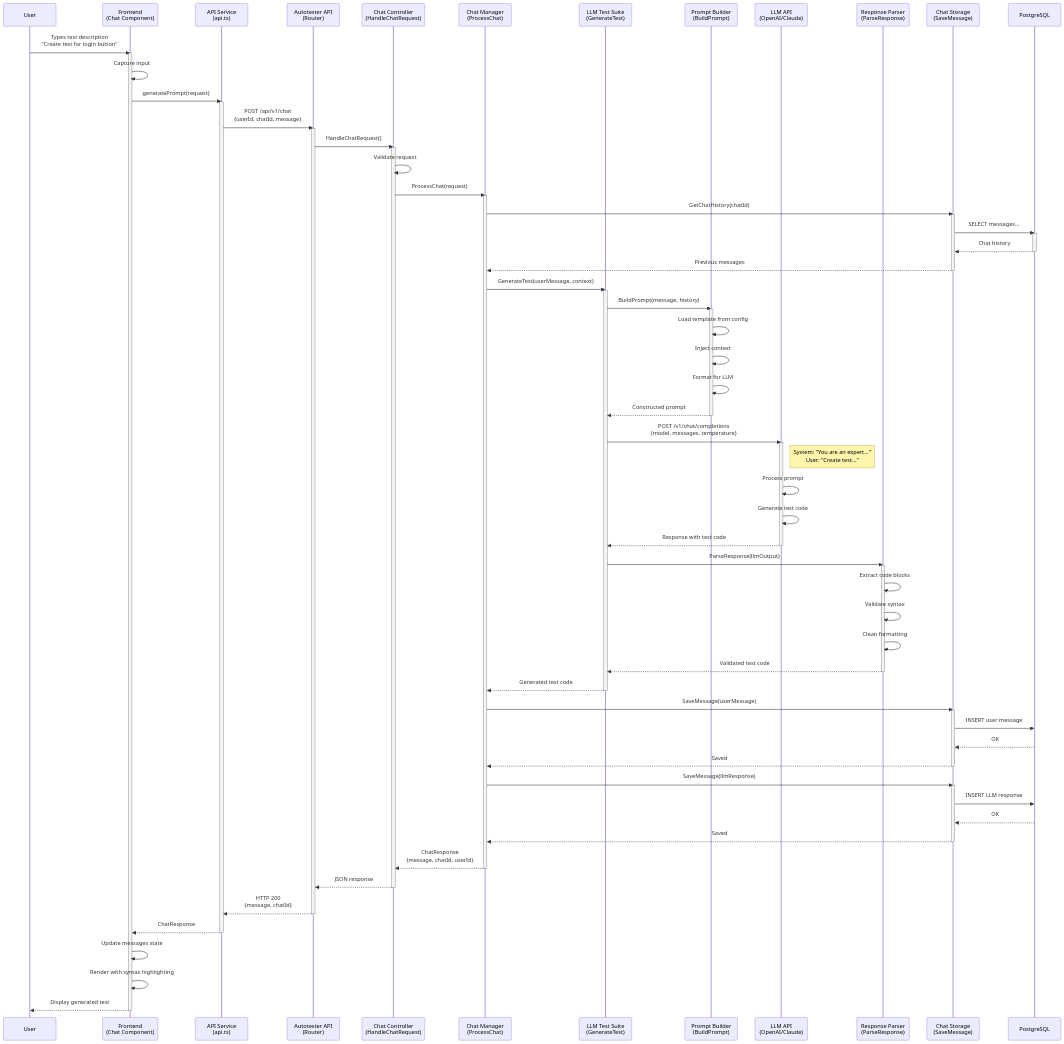
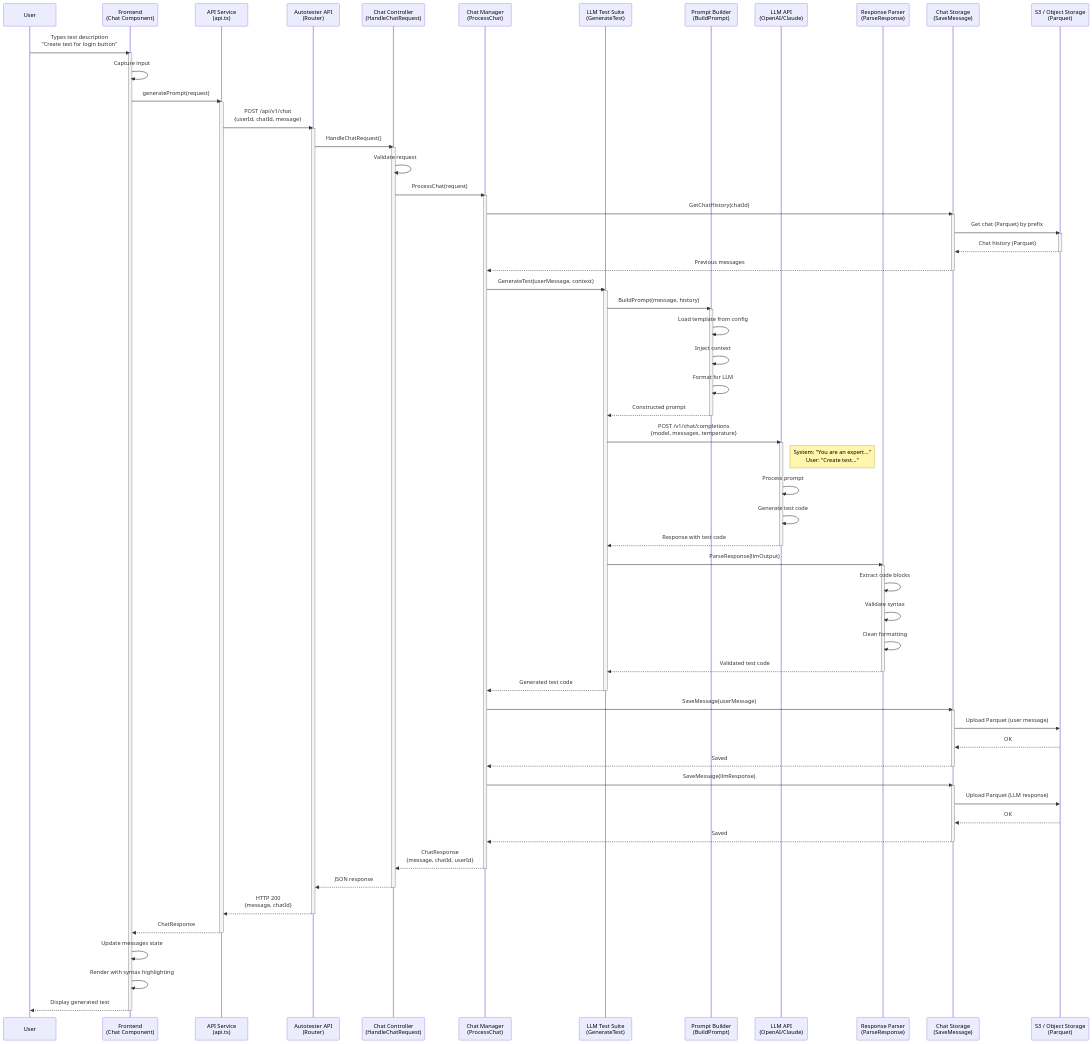
Before and after one commit to Skzter/smart: the diagram in docs/architecture/04-code/diagrams/llm-flow.mmd, drawn with Mermaid. The commit also changed 14 other files, not shown here.

Commit message:
docs(docs#156): update README and architecture documentation; enhance authentication flow and LLM integration details

```diff
--- a/docs/architecture/04-code/diagrams/llm-flow.mmd
+++ b/docs/architecture/04-code/diagrams/llm-flow.mmd
@@ -1,97 +1,97 @@
 sequenceDiagram
     participant User
     participant Frontend as Frontend<br/>(Chat Component)
     participant API as API Service<br/>(api.ts)
     participant Router as Autotester API<br/>(Router)
     participant Controller as Chat Controller<br/>(HandleChatRequest)
     participant ChatManager as Chat Manager<br/>(ProcessChat)
     participant LLMSuite as LLM Test Suite<br/>(GenerateTest)
     participant PromptBuilder as Prompt Builder<br/>(BuildPrompt)
     participant LLM as LLM API<br/>(OpenAI/Claude)
     participant Parser as Response Parser<br/>(ParseResponse)
     participant Storage as Chat Storage<br/>(SaveMessage)
-    participant DB as PostgreSQL
+    participant S3 as S3 / Object Storage<br/>(Parquet)
 
     User->>Frontend: Types test description<br/>"Create test for login button"
     activate Frontend
     Frontend->>Frontend: Capture input
     Frontend->>API: generatePrompt(request)
     activate API
     
     API->>Router: POST /api/v1/chat<br/>{userId, chatId, message}
     activate Router
     Router->>Controller: HandleChatRequest()
     activate Controller
     
     Controller->>Controller: Validate request
     Controller->>ChatManager: ProcessChat(request)
     activate ChatManager
     
     ChatManager->>Storage: GetChatHistory(chatId)
     activate Storage
-    Storage->>DB: SELECT messages...
-    activate DB
-    DB-->>Storage: Chat history
-    deactivate DB
+    Storage->>S3: Get chat (Parquet) by prefix
+    activate S3
+    S3-->>Storage: Chat history (Parquet)
+    deactivate S3
     Storage-->>ChatManager: Previous messages
     deactivate Storage
     
     ChatManager->>LLMSuite: GenerateTest(userMessage, context)
     activate LLMSuite
     
     LLMSuite->>PromptBuilder: BuildPrompt(message, history)
     activate PromptBuilder
     PromptBuilder->>PromptBuilder: Load template from config
     PromptBuilder->>PromptBuilder: Inject context
     PromptBuilder->>PromptBuilder: Format for LLM
     PromptBuilder-->>LLMSuite: Constructed prompt
     deactivate PromptBuilder
     
     LLMSuite->>LLM: POST /v1/chat/completions<br/>{model, messages, temperature}
     activate LLM
     Note right of LLM: System: "You are an expert..."<br/>User: "Create test..."
     LLM->>LLM: Process prompt
     LLM->>LLM: Generate test code
     LLM-->>LLMSuite: Response with test code
     deactivate LLM
     
     LLMSuite->>Parser: ParseResponse(llmOutput)
     activate Parser
     Parser->>Parser: Extract code blocks
     Parser->>Parser: Validate syntax
     Parser->>Parser: Clean formatting
     Parser-->>LLMSuite: Validated test code
     deactivate Parser
     
     LLMSuite-->>ChatManager: Generated test code
     deactivate LLMSuite
     
     ChatManager->>Storage: SaveMessage(userMessage)
     activate Storage
-    Storage->>DB: INSERT user message
-    DB-->>Storage: OK
+    Storage->>S3: Upload Parquet (user message)
+    S3-->>Storage: OK
     Storage-->>ChatManager: Saved
     deactivate Storage
     
     ChatManager->>Storage: SaveMessage(llmResponse)
     activate Storage
-    Storage->>DB: INSERT LLM response
-    DB-->>Storage: OK
+    Storage->>S3: Upload Parquet (LLM response)
+    S3-->>Storage: OK
     Storage-->>ChatManager: Saved
     deactivate Storage
     
     ChatManager-->>Controller: ChatResponse<br/>{message, chatId, userId}
     deactivate ChatManager
     
     Controller-->>Router: JSON response
     deactivate Controller
     Router-->>API: HTTP 200<br/>{message, chatId}
     deactivate Router
     
     API-->>Frontend: ChatResponse
     deactivate API
     
     Frontend->>Frontend: Update messages state
     Frontend->>Frontend: Render with syntax highlighting
     Frontend-->>User: Display generated test
     deactivate Frontend
```
